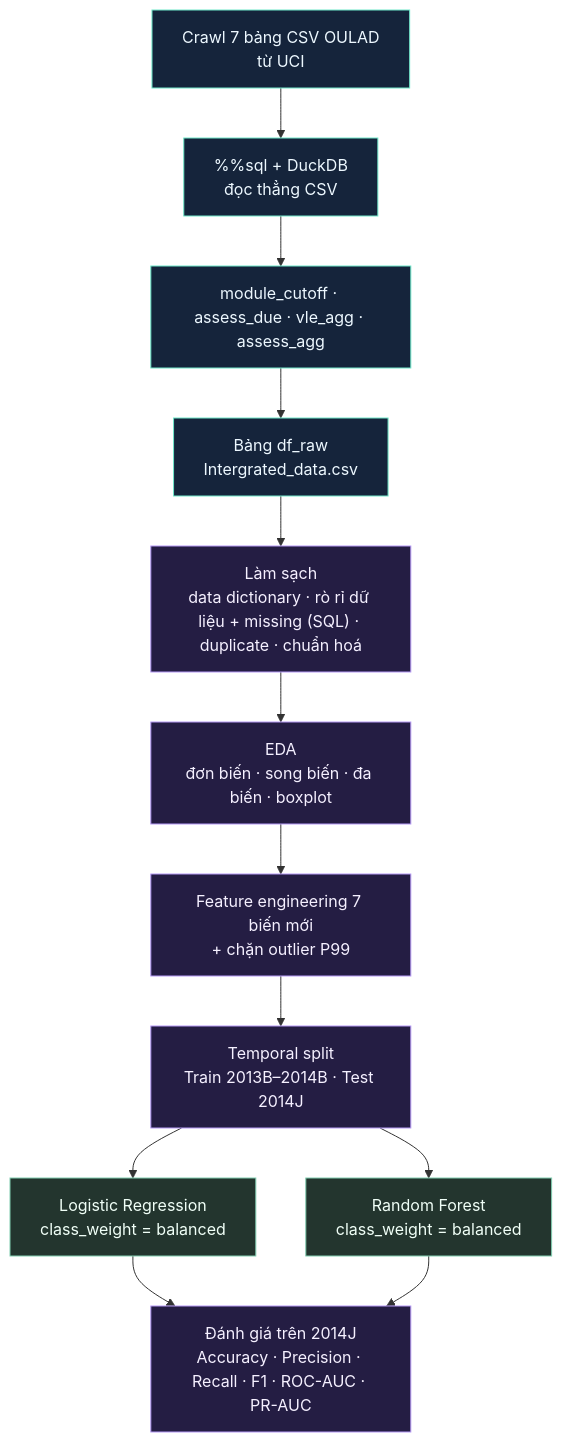
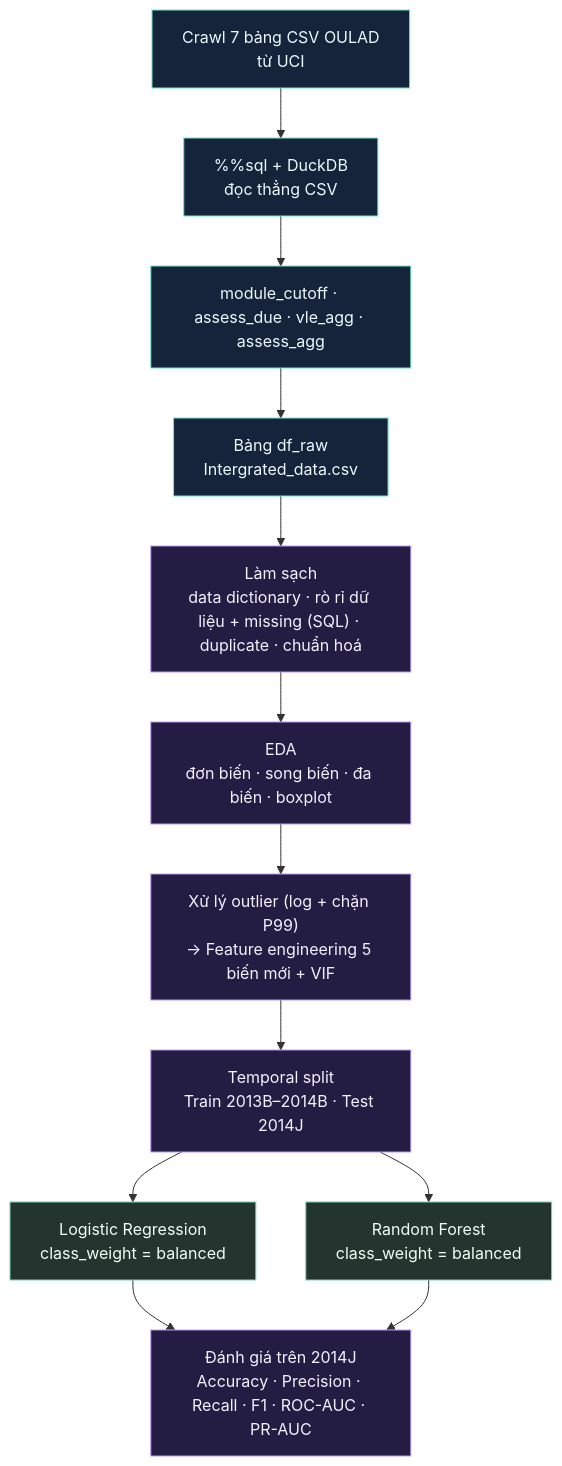
Before and after one commit to NguyenAnh1421/Early-Warning-At-Risk-Students-OULAD: the diagram in README.md, drawn with Mermaid. The commit also changed other lines of this file and 3 other files, not shown here.

First line of the commit message:
Reorder Part 4: handle outliers (4.5) before feature engineering (4.6)

````diff
--- a/README.md
+++ b/README.md
@@ -88,21 +88,21 @@
 ```mermaid
 flowchart TD
     A["Crawl 7 bảng CSV OULAD<br/>từ UCI"] --> B["%%sql + DuckDB<br/>đọc thẳng CSV"]
     B --> C["module_cutoff · assess_due · vle_agg · assess_agg"]
     C --> D["Bảng df_raw<br/>Intergrated_data.csv"]
     D --> E["Làm sạch<br/>data dictionary · rò rỉ dữ liệu + missing (SQL) · duplicate · chuẩn hoá"]
     E --> F["EDA<br/>đơn biến · song biến · đa biến · boxplot"]
-    F --> G["Feature engineering 7 biến mới<br/>+ chặn outlier P99"]
+    F --> G["Xử lý outlier (log + chặn P99)<br/>→ Feature engineering 5 biến mới + VIF"]
     G --> H["Temporal split<br/>Train 2013B–2014B · Test 2014J"]
     H --> I["Logistic Regression<br/>class_weight = balanced"]
     H --> J["Random Forest<br/>class_weight = balanced"]
     I --> K["Đánh giá trên 2014J<br/>Accuracy · Precision · Recall · F1 · ROC-AUC · PR-AUC"]
     J --> K
 
     classDef source fill:#15243b,stroke:#6ee7c9,color:#edf8ff;
     classDef analysis fill:#241d43,stroke:#b69af6,color:#f5f0ff;
     classDef model fill:#23352e,stroke:#80cdb0,color:#f0fff7;
     class A,B,C,D source;
     class E,F,G,H,K analysis;
     class I,J model;
 ```
````
